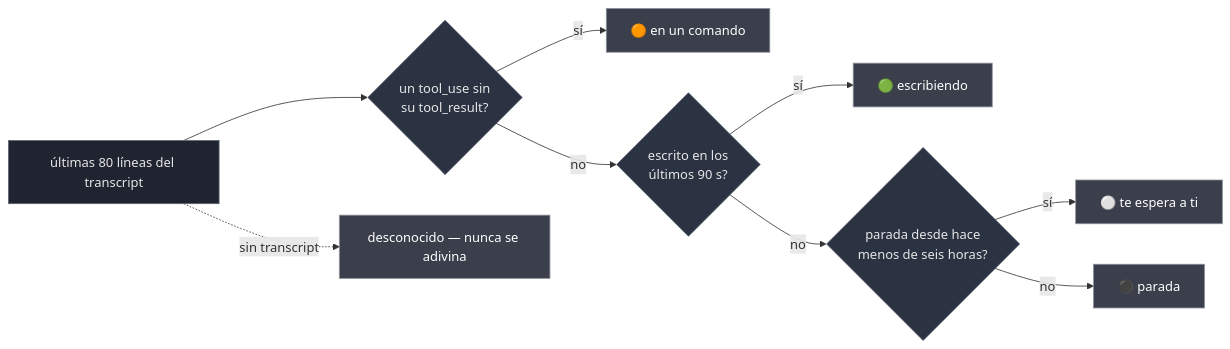
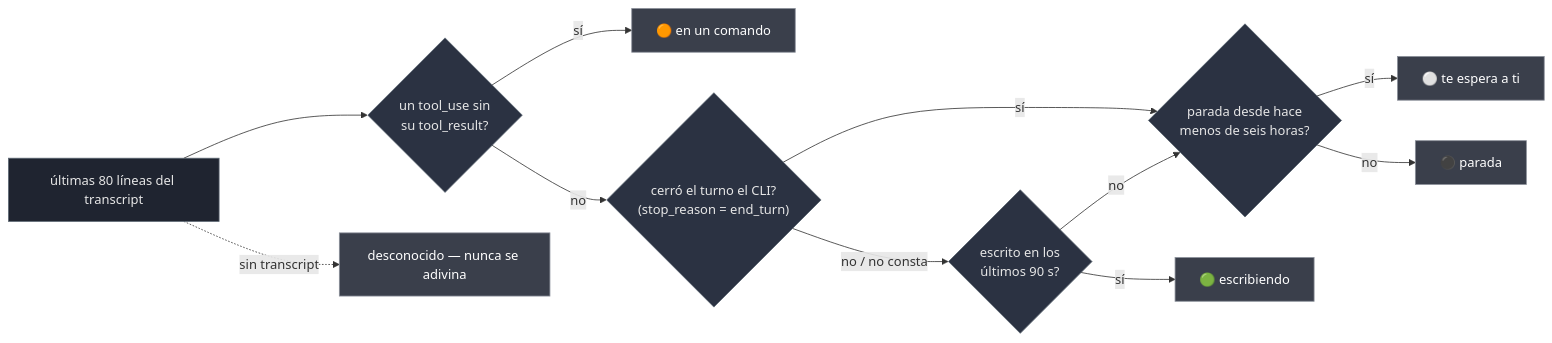
The diagram in README.es.md (ElRaxy/sereno), drawn with Mermaid before and after one commit. The commit also changed other lines of this file and 5 other files, not shown here.

````diff
--- a/README.es.md
+++ b/README.es.md
@@ -88,18 +96,20 @@
 ```mermaid
 flowchart LR
     T["últimas 80 líneas del transcript"] --> A{"un tool_use sin<br>su tool_result?"}
     A -->|sí| S1["🟠 en un comando"]
-    A -->|no| B{"escrito en los<br>últimos 90 s?"}
+    A -->|no| D{"cerró el turno el CLI?<br>(stop_reason = end_turn)"}
+    D -->|sí| C
+    D -->|"no / no consta"| B{"escrito en los<br>últimos 90 s?"}
     B -->|sí| S2["🟢 escribiendo"]
     B -->|no| C{"parada desde hace<br>menos de seis horas?"}
     C -->|sí| S3["⚪ te espera a ti"]
     C -->|no| S4["⚫ parada"]
     T -.->|"sin transcript"| S5["desconocido — nunca se adivina"]
 
     classDef fact fill:#1f2430,stroke:#5c6773,color:#e6e6e6
     classDef ask fill:#2b3242,stroke:#5c6773,color:#e6e6e6
     classDef out fill:#3a3f4b,stroke:#8a8f99,color:#ffffff
     class T fact
-    class A,B,C ask
+    class A,B,C,D ask
     class S1,S2,S3,S4,S5 out
 ```
````
